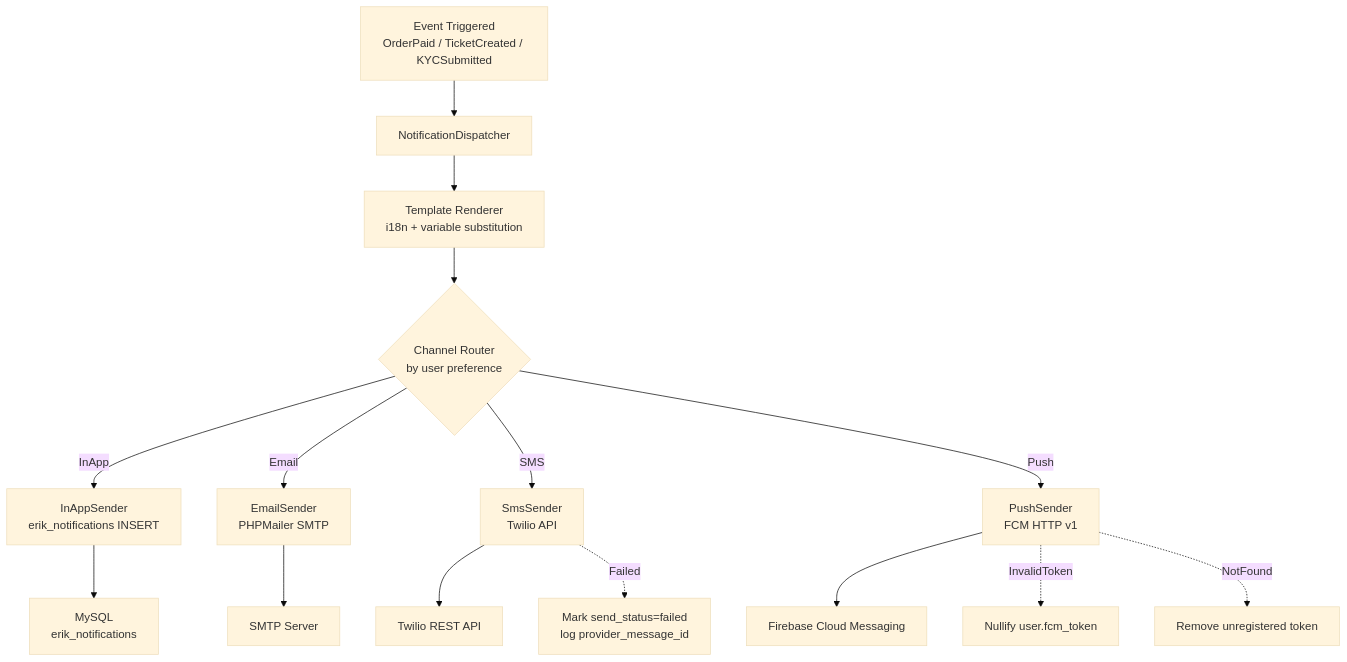
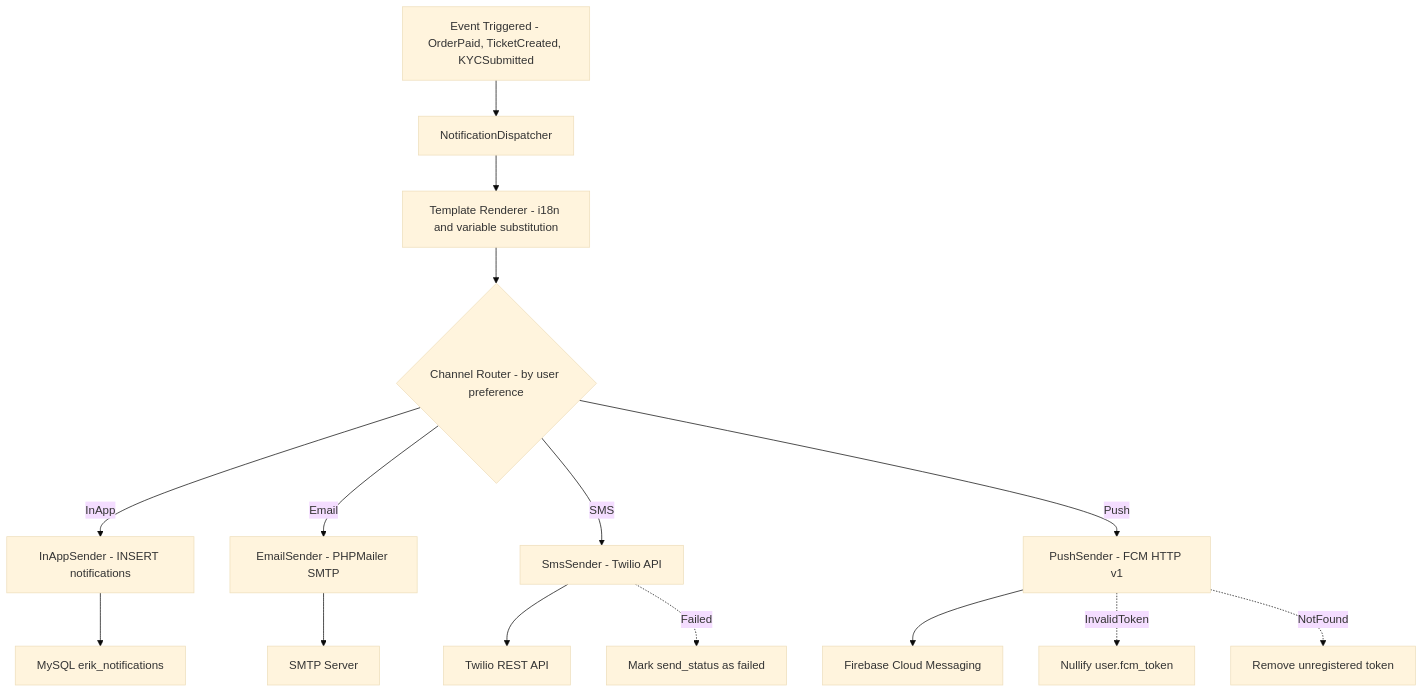
One commit to erikwang2013/cloud changed the fourth of 7 diagrams in docs/admin-design.md. Above: the diagram before and after it, drawn with Mermaid (base theme). The commit also changed other lines of this file and 2 other files, not shown here.

````diff
--- a/docs/admin-design.md
+++ b/docs/admin-design.md
@@ -887,24 +888,24 @@
 ```mermaid
 flowchart TB
-    Event["Event Triggered<br/>OrderPaid / TicketCreated / KYCSubmitted"]
+    Event["Event Triggered - OrderPaid, TicketCreated, KYCSubmitted"]
     Dispatcher["NotificationDispatcher"]
-    Template["Template Renderer<br/>i18n + variable substitution"]
+    Template["Template Renderer - i18n and variable substitution"]
 
     Event --> Dispatcher
     Dispatcher --> Template
-    Template --> Router{"Channel Router<br/>by user preference"}
+    Template --> Router{"Channel Router - by user preference"}
 
-    Router -->|"InApp"| InApp["InAppSender<br/>erik_notifications INSERT"]
-    Router -->|"Email"| Email["EmailSender<br/>PHPMailer SMTP"]
-    Router -->|"SMS"| Sms["SmsSender<br/>Twilio API"]
-    Router -->|"Push"| Push["PushSender<br/>FCM HTTP v1"]
+    Router -->|InApp| InApp["InAppSender - INSERT notifications"]
+    Router -->|Email| Email["EmailSender - PHPMailer SMTP"]
+    Router -->|SMS| Sms["SmsSender - Twilio API"]
+    Router -->|Push| Push["PushSender - FCM HTTP v1"]
 
-    InApp --> DB["MySQL<br/>erik_notifications"]
+    InApp --> DB["MySQL erik_notifications"]
     Email --> SMTP["SMTP Server"]
     Sms --> TwilioAPI["Twilio REST API"]
     Push --> FCMAPI["Firebase Cloud Messaging"]
 
-    Sms -.->|"Failed"| Fallback["Mark send_status=failed<br/>log provider_message_id"]
-    Push -.->|"InvalidToken"| Cleanup["Nullify user.fcm_token"]
-    Push -.->|"NotFound"| Remove["Remove unregistered token"]
+    Sms -.->|Failed| Fallback["Mark send_status as failed"]
+    Push -.->|InvalidToken| Cleanup["Nullify user.fcm_token"]
+    Push -.->|NotFound| Remove["Remove unregistered token"]
 ```
````
